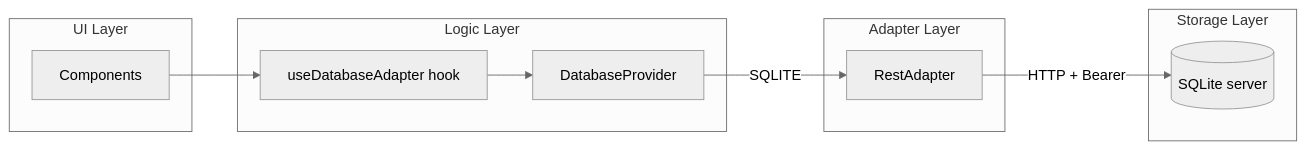
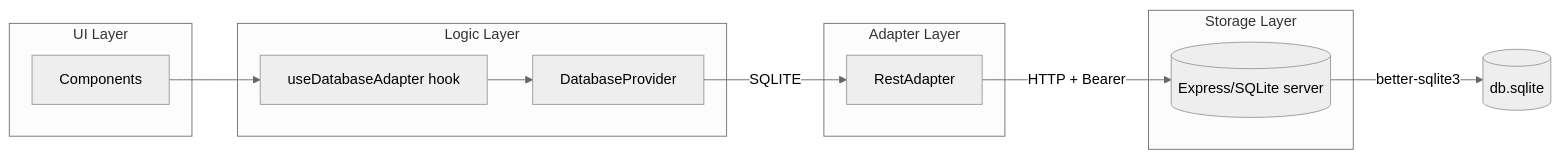
The first of 3 diagrams in BLUEPRINT.md (ClawStackStudios/ClawChives), drawn with Mermaid (neutral theme) before and after one commit. The commit also changed other lines of this file and 47 other files, not shown here.

````diff
--- a/BLUEPRINT.md
+++ b/BLUEPRINT.md
@@ -101,24 +106,25 @@
 ```mermaid
 graph LR
     subgraph UI ["UI Layer"]
         A[Components]
     end
 
     subgraph Logic ["Logic Layer"]
         B[useDatabaseAdapter hook]
         C[DatabaseProvider]
     end
 
     subgraph Adapters ["Adapter Layer"]
         E[RestAdapter]
     end
 
     subgraph Storage ["Storage Layer"]
-        G[(SQLite server)]
+        G[(Express/SQLite server)]
     end
 
     A --> B
     B --> C
     C -->|SQLITE| E
     E -->|HTTP + Bearer| G
+    G -->|better-sqlite3| H[(db.sqlite)]
 ```
````
